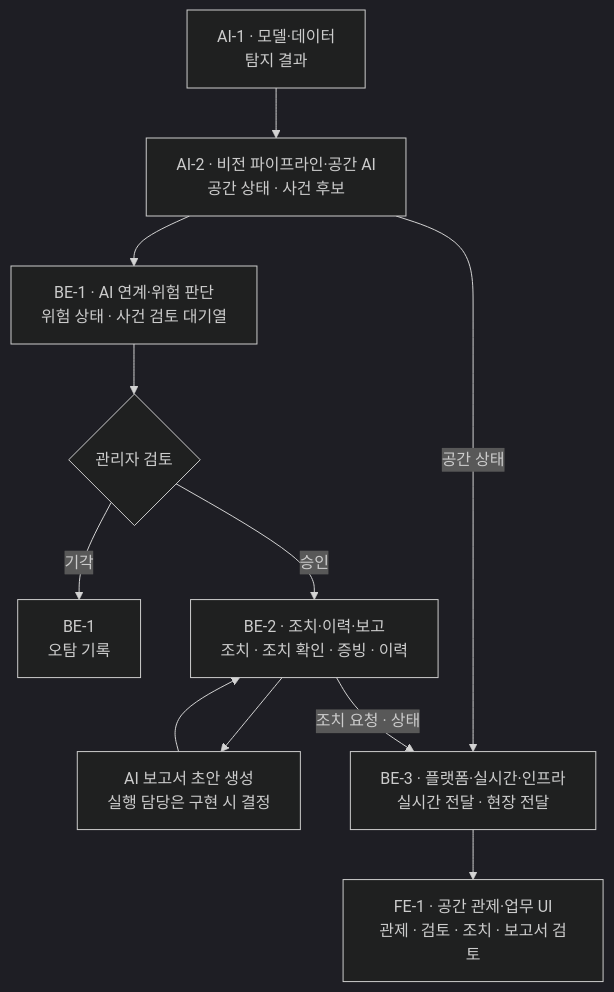
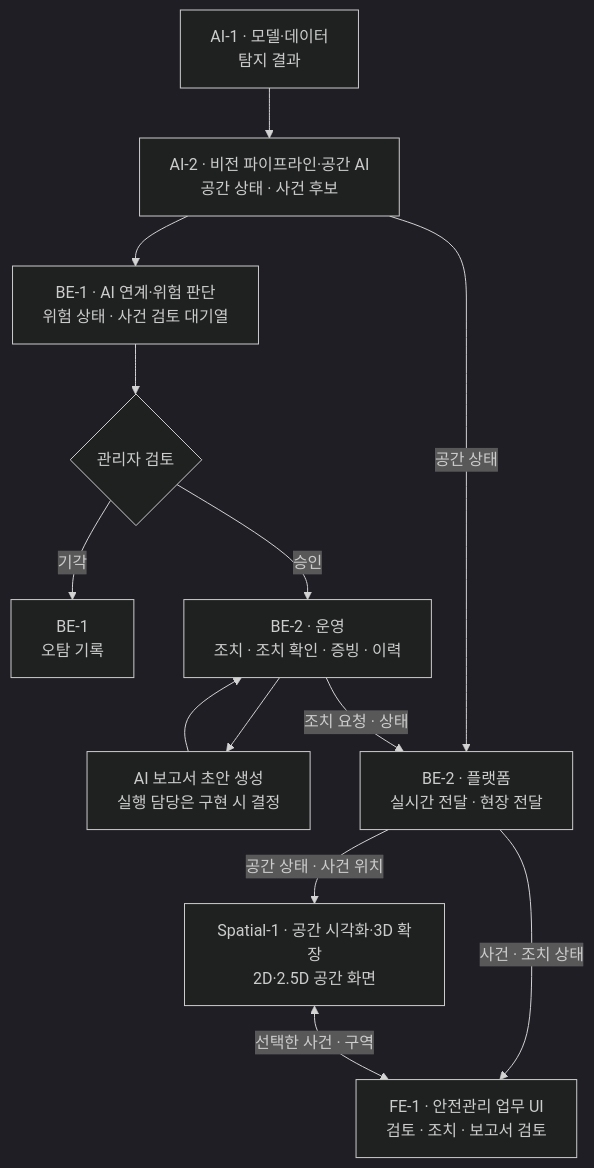
Before and after one commit to colosair/sentia-planning: the diagram in docs/02-team-and-roles.md, drawn with Mermaid (dark theme). The commit also changed other lines of this file and 3 other files, not shown here.

````diff
--- a/docs/02-team-and-roles.md
+++ b/docs/02-team-and-roles.md
@@ -42,19 +44,22 @@
 ```mermaid
 flowchart TD
     AI1["AI-1 · 모델·데이터<br/>탐지 결과"]
     AI2["AI-2 · 비전 파이프라인·공간 AI<br/>공간 상태 · 사건 후보"]
     BE1["BE-1 · AI 연계·위험 판단<br/>위험 상태 · 사건 검토 대기열"]
     REVIEW{"관리자 검토"}
     FALSE["BE-1<br/>오탐 기록"]
-    BE2["BE-2 · 조치·이력·보고<br/>조치 · 조치 확인 · 증빙 · 이력"]
+    OPS["BE-2 · 운영<br/>조치 · 조치 확인 · 증빙 · 이력"]
     REPORT["AI 보고서 초안 생성<br/>실행 담당은 구현 시 결정"]
-    BE3["BE-3 · 플랫폼·실시간·인프라<br/>실시간 전달 · 현장 전달"]
-    FE1["FE-1 · 공간 관제·업무 UI<br/>관제 · 검토 · 조치 · 보고서 검토"]
+    PLAT["BE-2 · 플랫폼<br/>실시간 전달 · 현장 전달"]
+    SP1["Spatial-1 · 공간 시각화·3D 확장<br/>2D·2.5D 공간 화면"]
+    FE1["FE-1 · 안전관리 업무 UI<br/>검토 · 조치 · 보고서 검토"]
     AI1 --> AI2 --> BE1 --> REVIEW
     REVIEW -->|기각| FALSE
-    REVIEW -->|승인| BE2
-    BE2 --> REPORT --> BE2
-    AI2 -->|공간 상태| BE3
-    BE2 -->|조치 요청 · 상태| BE3
-    BE3 --> FE1
+    REVIEW -->|승인| OPS
+    OPS --> REPORT --> OPS
+    AI2 -->|공간 상태| PLAT
+    OPS -->|조치 요청 · 상태| PLAT
+    PLAT -->|공간 상태 · 사건 위치| SP1
+    PLAT -->|사건 · 조치 상태| FE1
+    SP1 <-->|선택한 사건 · 구역| FE1
 ```
````
